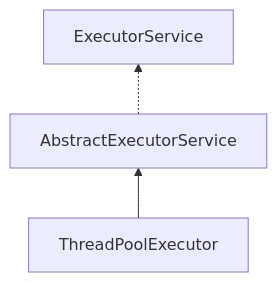
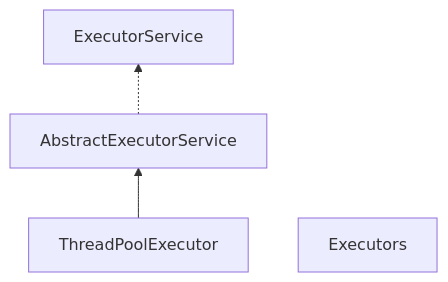
The first of 2 diagrams in source/_posts/多线程高并发编程/4.1 线程池.md (zhangqinghua/hexo), drawn with Mermaid before and after one commit. The commit also changed other lines of this file and 33 other files, not shown here.

````diff
--- a/source/_posts/多线程高并发编程/4.1 线程池.md
+++ b/source/_posts/多线程高并发编程/4.1 线程池.md
@@ -20,9 +20,10 @@
 ```mermaid
 graph BT
     A[ExecutorService]
     B[AbstractExecutorService]
     C[ThreadPoolExecutor]
+    D[Executors]
 
     B .-> A
     C --> B
 ```
````
